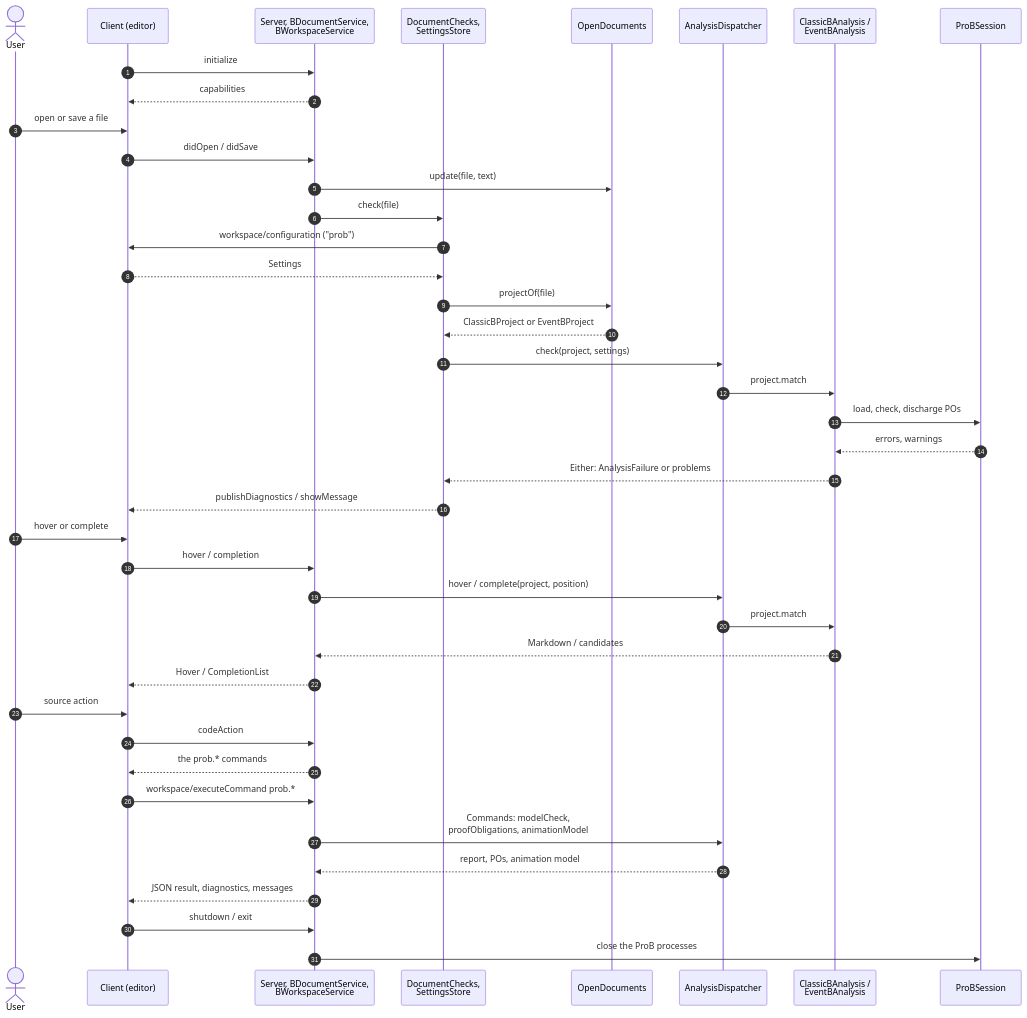
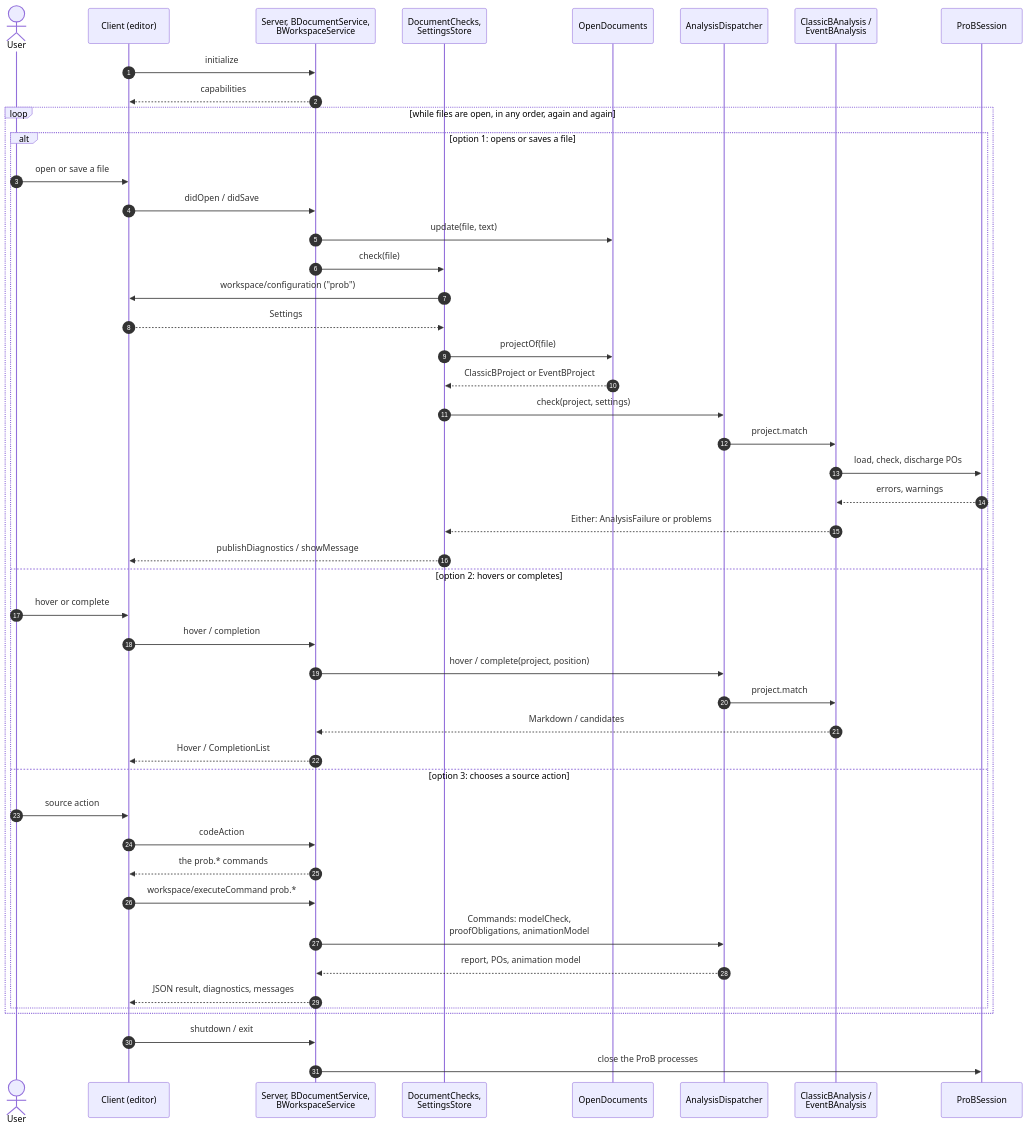
One commit to Quoteme/b-language-server changed the first of 8 diagrams in Module.md. Above: the diagram before and after it, drawn with Mermaid. The commit also changed 1 other file, not shown here.

Commit message:
add: indicators how process is separated into different choices per loop

````diff
--- a/Module.md
+++ b/Module.md
@@ -21,55 +21,59 @@
 ```mermaid
 sequenceDiagram
     autonumber
     actor User
     participant Client as Client (editor)
     participant Server as Server, BDocumentService,<br>BWorkspaceService
     participant Checks as DocumentChecks,<br>SettingsStore
     participant Open as OpenDocuments
     participant Dispatcher as AnalysisDispatcher
     participant Analysis as ClassicBAnalysis /<br>EventBAnalysis
     participant ProB as ProBSession
 
     links Server: {"Server": "b-language-server/b.language.server.server/-server/index.html", "BDocumentService": "b-language-server/b.language.server.server/-b-document-service/index.html", "BWorkspaceService": "b-language-server/b.language.server.server/-b-workspace-service/index.html"}
     links Checks: {"DocumentChecks": "b-language-server/b.language.server.server/-document-checks/index.html", "SettingsStore": "b-language-server/b.language.server.server/-settings-store/index.html"}
     links Open: {"OpenDocuments": "b-language-server/b.language.server.project/-open-documents/index.html"}
     links Dispatcher: {"AnalysisDispatcher": "b-language-server/b.language.server.analysis/-analysis-dispatcher/index.html"}
     links Analysis: {"ClassicBAnalysis": "b-language-server/b.language.server.analysis.classicB/-classic-b-analysis/index.html", "EventBAnalysis": "b-language-server/b.language.server.analysis.eventB/-event-b-analysis/index.html"}
     links ProB: {"ProBSession": "b-language-server/b.language.server.analysis.prob/-pro-b-session/index.html"}
 
     Client->>Server: initialize
     Server-->>Client: capabilities
 
-    User->>Client: open or save a file
-    Client->>Server: didOpen / didSave
-    Server->>Open: update(file, text)
-    Server->>Checks: check(file)
-    Checks->>Client: workspace/configuration ("prob")
-    Client-->>Checks: Settings
-    Checks->>Open: projectOf(file)
-    Open-->>Checks: ClassicBProject or EventBProject
-    Checks->>Dispatcher: check(project, settings)
-    Dispatcher->>Analysis: project.match
-    Analysis->>ProB: load, check, discharge POs
-    ProB-->>Analysis: errors, warnings
-    Analysis-->>Checks: Either: AnalysisFailure or problems
-    Checks-->>Client: publishDiagnostics / showMessage
-
-    User->>Client: hover or complete
-    Client->>Server: hover / completion
-    Server->>Dispatcher: hover / complete(project, position)
-    Dispatcher->>Analysis: project.match
-    Analysis-->>Server: Markdown / candidates
-    Server-->>Client: Hover / CompletionList
-
-    User->>Client: source action
-    Client->>Server: codeAction
-    Server-->>Client: the prob.* commands
-    Client->>Server: workspace/executeCommand prob.*
-    Server->>Dispatcher: Commands: modelCheck,<br>proofObligations, animationModel
-    Dispatcher-->>Server: report, POs, animation model
-    Server-->>Client: JSON result, diagnostics, messages
+    loop while files are open, in any order, again and again
+        alt option 1: opens or saves a file
+            User->>Client: open or save a file
+            Client->>Server: didOpen / didSave
+            Server->>Open: update(file, text)
+            Server->>Checks: check(file)
+            Checks->>Client: workspace/configuration ("prob")
+            Client-->>Checks: Settings
+            Checks->>Open: projectOf(file)
+            Open-->>Checks: ClassicBProject or EventBProject
+            Checks->>Dispatcher: check(project, settings)
+            Dispatcher->>Analysis: project.match
+            Analysis->>ProB: load, check, discharge POs
+            ProB-->>Analysis: errors, warnings
+            Analysis-->>Checks: Either: AnalysisFailure or problems
+            Checks-->>Client: publishDiagnostics / showMessage
+        else option 2: hovers or completes
+            User->>Client: hover or complete
+            Client->>Server: hover / completion
+            Server->>Dispatcher: hover / complete(project, position)
+            Dispatcher->>Analysis: project.match
+            Analysis-->>Server: Markdown / candidates
+            Server-->>Client: Hover / CompletionList
+        else option 3: chooses a source action
+            User->>Client: source action
+            Client->>Server: codeAction
+            Server-->>Client: the prob.* commands
+            Client->>Server: workspace/executeCommand prob.*
+            Server->>Dispatcher: Commands: modelCheck,<br>proofObligations, animationModel
+            Dispatcher-->>Server: report, POs, animation model
+            Server-->>Client: JSON result, diagnostics, messages
+        end
+    end
 
     Client->>Server: shutdown / exit
     Server->>ProB: close the ProB processes
 ```
````
